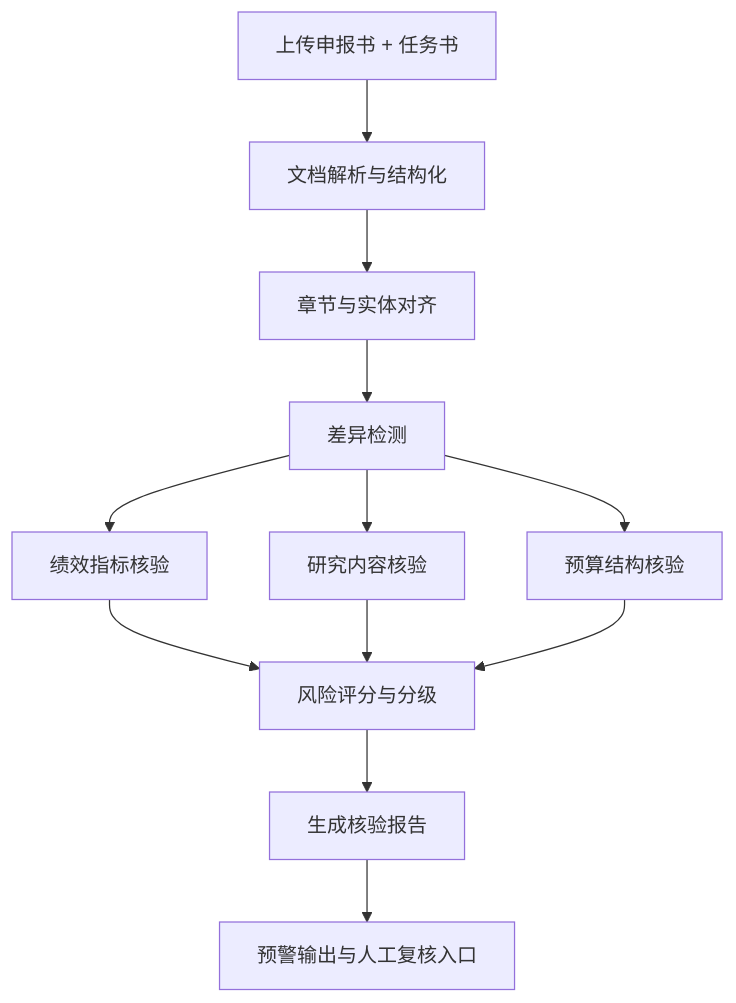
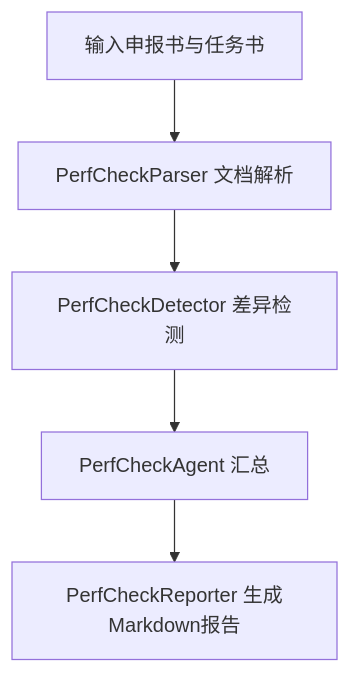
Before and after one commit to yunsaijc/TechManagement: the diagram in docs/50-perfcheck/01-overview.md, drawn with Mermaid. The commit also changed other lines of this file and 34 other files, not shown here.

````diff
--- a/docs/50-perfcheck/01-overview.md
+++ b/docs/50-perfcheck/01-overview.md
@@ -44,14 +38,7 @@
 ```mermaid
 flowchart TD
-    A[上传申报书 + 任务书] --> B[文档解析与结构化]
-    B --> C[章节与实体对齐]
-    C --> D[差异检测]
-    D --> D1[绩效指标核验]
-    D --> D2[研究内容核验]
-    D --> D3[预算结构核验]
-    D1 --> E[风险评分与分级]
-    D2 --> E
-    D3 --> E
-    E --> F[生成核验报告]
-    F --> G[预警输出与人工复核入口]
+    A[输入申报书与任务书] --> B[PerfCheckParser 文档解析]
+    B --> C[PerfCheckDetector 差异检测]
+    C --> D[PerfCheckAgent 汇总]
+    D --> E[PerfCheckReporter 生成Markdown报告]
 ```
````
